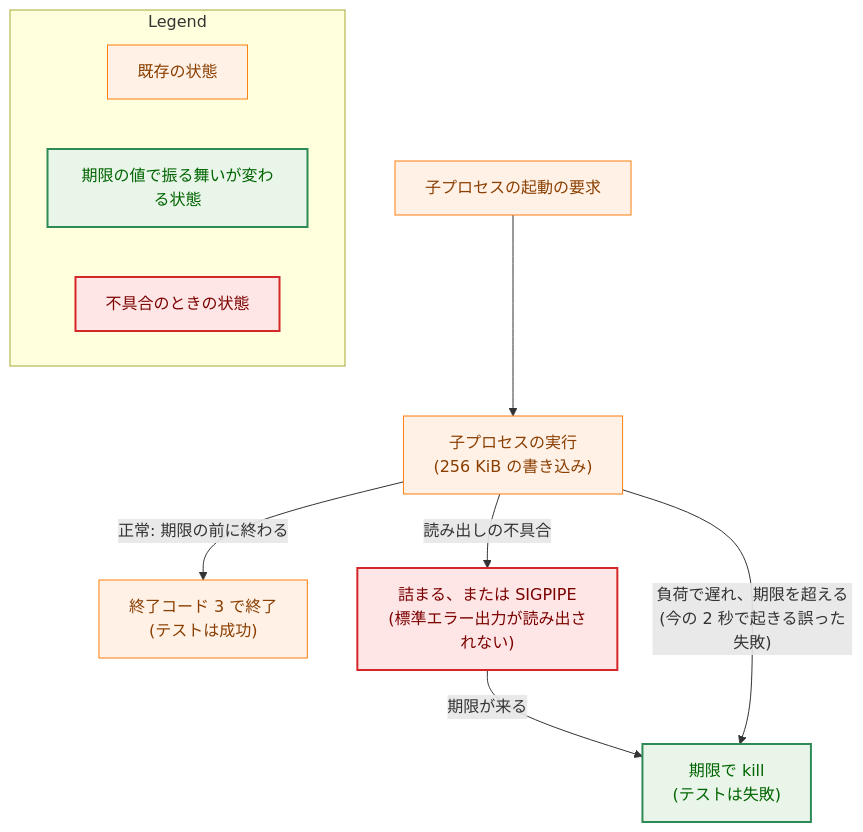
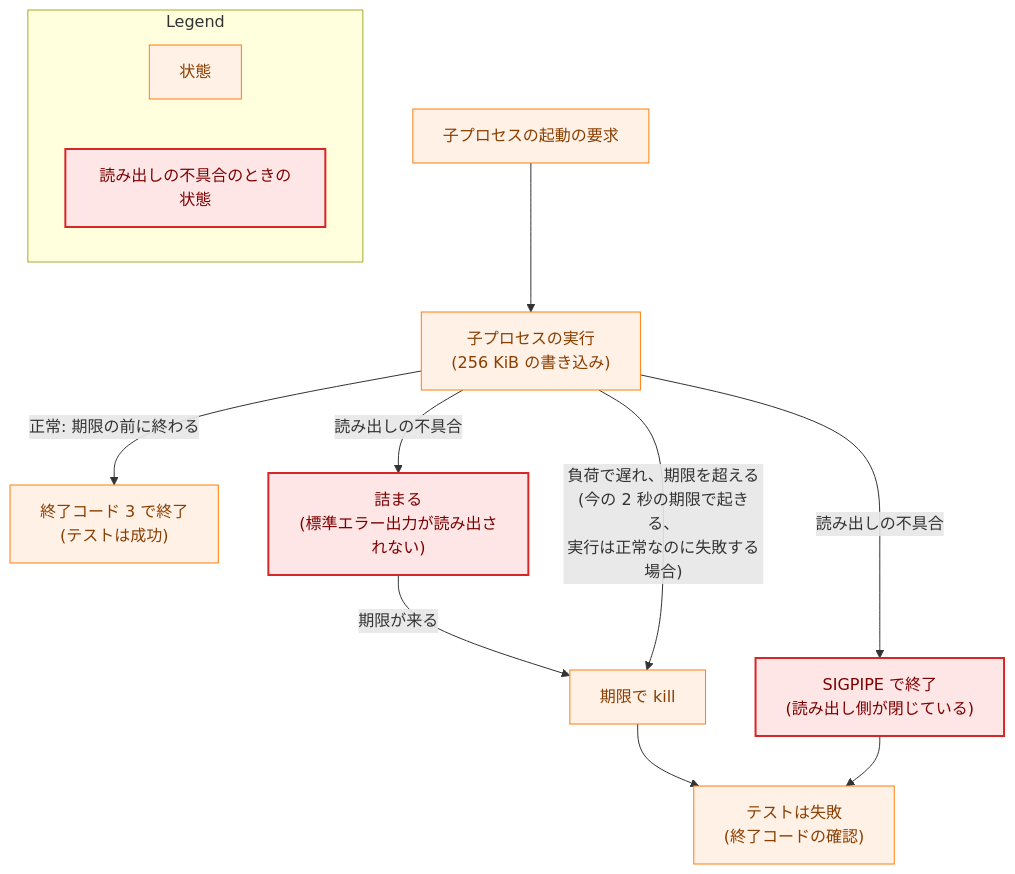
Before and after one commit to isseis/yt2column: the first of 5 diagrams in docs/tasks/0064_stderr_drain_test_deadline/02_architecture.md, drawn with Mermaid. The commit also changed other lines of this file, not shown here.

First line of the commit message:
docs(0064): address review findings in the architecture

````diff
--- a/docs/tasks/0064_stderr_drain_test_deadline/02_architecture.md
+++ b/docs/tasks/0064_stderr_drain_test_deadline/02_architecture.md
@@ -52,31 +52,32 @@
 ```mermaid
 flowchart TD
     classDef process fill:#fff1e6,stroke:#ff7f0e,stroke-width:1px,color:#8a3e00;
-    classDef enhanced fill:#e8f5e8,stroke:#2e8b57,stroke-width:2px,color:#006400;
     classDef problem fill:#ffe6e6,stroke:#d62728,stroke-width:2px,color:#7b0000;
 
     START["子プロセスの起動の要求"]
     RUN["子プロセスの実行<br>(256 KiB の書き込み)"]
     EXIT3["終了コード 3 で終了<br>(テストは成功)"]
-    STUCK["詰まる、または SIGPIPE<br>(標準エラー出力が読み出されない)"]
-    KILLED["期限で kill<br>(テストは失敗)"]
+    STUCK["詰まる<br>(標準エラー出力が読み出されない)"]
+    PIPE["SIGPIPE で終了<br>(読み出し側が閉じている)"]
+    KILLED["期限で kill"]
+    FAIL["テストは失敗<br>(終了コードの確認)"]
 
     START --> RUN
     RUN -->|"正常: 期限の前に終わる"| EXIT3
     RUN -->|"読み出しの不具合"| STUCK
+    RUN -->|"読み出しの不具合"| PIPE
     STUCK -->|"期限が来る"| KILLED
-    RUN -->|"負荷で遅れ、期限を超える<br>(今の 2 秒で起きる誤った失敗)"| KILLED
+    RUN -->|"負荷で遅れ、期限を超える<br>(今の 2 秒の期限で起きる、<br>実行は正常なのに失敗する場合)"| KILLED
+    KILLED --> FAIL
+    PIPE --> FAIL
 
-    class START,RUN,EXIT3 process
-    class STUCK problem
-    class KILLED enhanced
+    class START,RUN,EXIT3,KILLED,FAIL process
+    class STUCK,PIPE problem
 
     subgraph Legend["Legend"]
-        L1["既存の状態"]
-        L2["期限の値で振る舞いが変わる状態"]
-        L3["不具合のときの状態"]
+        L1["状態"]
+        L2["読み出しの不具合のときの状態"]
     end
     class L1 process
-    class L2 enhanced
-    class L3 problem
+    class L2 problem
 ```
````
